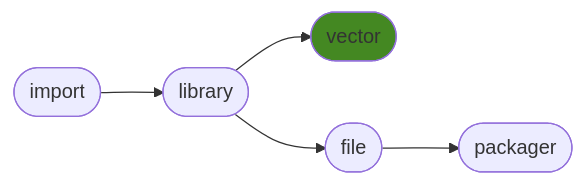
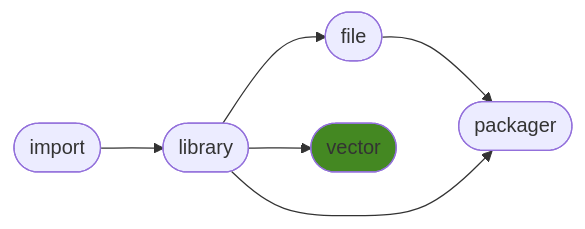
One commit to ManderaGeneral/generalvector changed the diagram in README.md. Above: the diagram before and after it, drawn with Mermaid. The commit also changed other lines of this file, not shown here.

Commit message:
[CI AUTO] Sync triggered by generalfile

````diff
--- a/README.md
+++ b/README.md
@@ -16,13 +16,14 @@
 ```mermaid
 flowchart LR
-3([file]) --> 4([packager])
-1([library]) --> 0([vector])
-2([import]) --> 1([library])
-1([library]) --> 3([file])
-click 0 "https://github.com/ManderaGeneral/generalvector"
+2([file]) --> 4([packager])
+1([library]) --> 3([vector])
+1([library]) --> 2([file])
+1([library]) --> 4([packager])
+0([import]) --> 1([library])
+click 0 "https://github.com/ManderaGeneral/generalimport"
 click 1 "https://github.com/ManderaGeneral/generallibrary"
-click 2 "https://github.com/ManderaGeneral/generalimport"
-click 3 "https://github.com/ManderaGeneral/generalfile"
+click 2 "https://github.com/ManderaGeneral/generalfile"
+click 3 "https://github.com/ManderaGeneral/generalvector"
 click 4 "https://github.com/ManderaGeneral/generalpackager"
-style 0 fill:#482
+style 3 fill:#482
 ```
````
